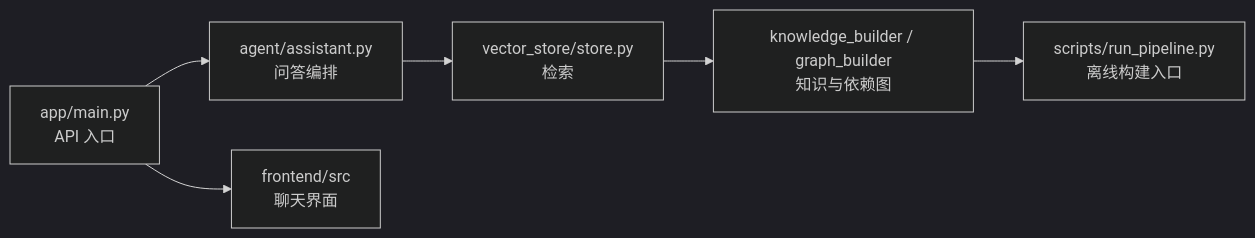
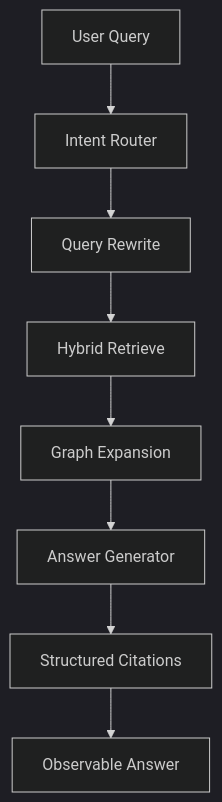
Before and after one commit to jonji886/plugin-dev-helper: the third of 4 diagrams in README.md, drawn with Mermaid (dark theme). The commit also changed other lines of this file and 44 other files, not shown here.

````diff
--- a/README.md
+++ b/README.md
@@ -140,8 +86,10 @@
 ```mermaid
-flowchart LR
-  A[app/main.py\nAPI 入口] --> B[agent/assistant.py\n问答编排]
-  B --> C[vector_store/store.py\n检索]
-  C --> D[knowledge_builder / graph_builder\n知识与依赖图]
-  D --> E[scripts/run_pipeline.py\n离线构建入口]
-  A --> F[frontend/src\n聊天界面]
+flowchart TD
+  Q[User Query] --> I[Intent Router]
+  I --> R[Query Rewrite]
+  R --> S[Hybrid Retrieve]
+  S --> X[Graph Expansion]
+  X --> G[Answer Generator]
+  G --> C[Structured Citations]
+  C --> O[Observable Answer]
 ```
````
